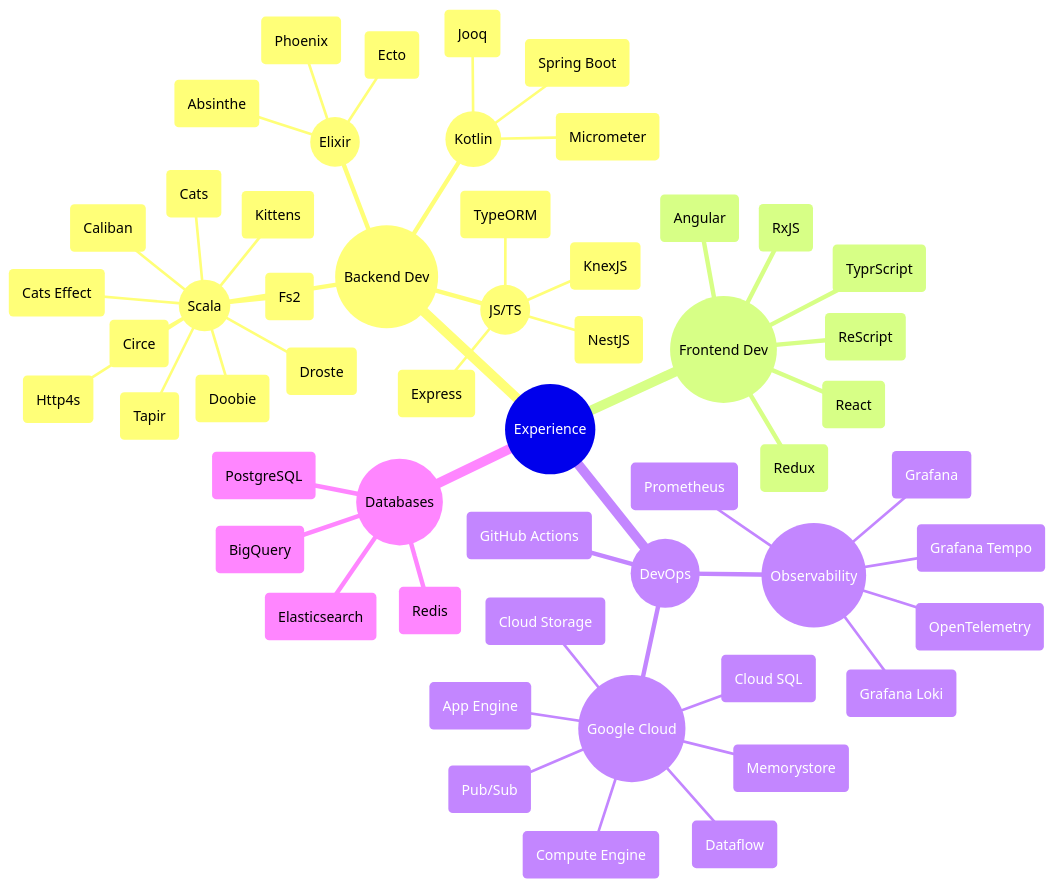
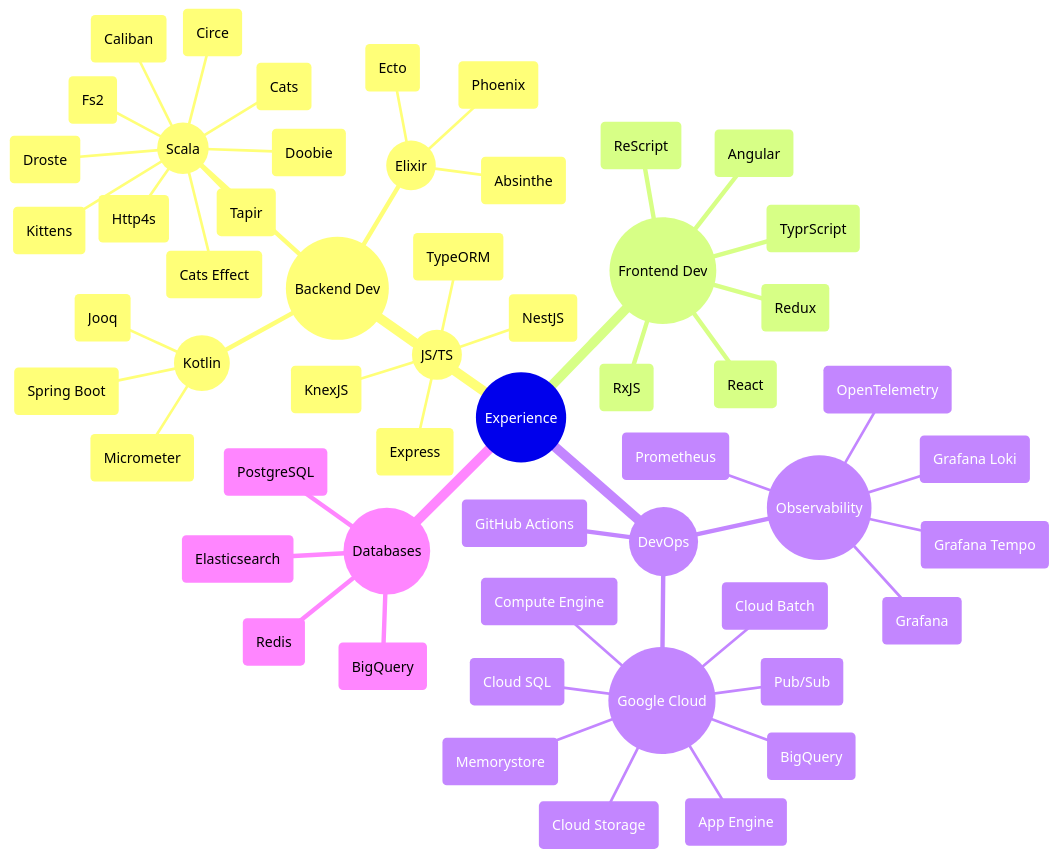
Before and after one commit to m-tabaza/Tabzz98: the first of 2 diagrams in README.md, drawn with Mermaid.

````diff
--- a/README.md
+++ b/README.md
@@ -21,65 +21,66 @@
 ```mermaid
 mindmap
   root((Experience))
     ((Backend Dev))
       ((Scala))
         (Cats)
         (Cats Effect)
         (Kittens)
         (Droste)
         (Http4s)
         (Doobie)
         (Tapir)
         (Fs2)
         (Caliban)
         (Circe)
 
       ((Kotlin))
         (Spring Boot)
         (Micrometer)
         (Jooq)
   
       ((Elixir))
         (Ecto)
         (Absinthe)
         (Phoenix)
   
       ((JS/TS))
         (Express)
         (NestJS)
         (TypeORM)
         (KnexJS)
       
     ((Frontend Dev))
       (React)
       (Redux)
       (RxJS)
       (Angular)
       (TyprScript)
       (ReScript)
       
     ((DevOps))
       (GitHub Actions)
 
       ((Observability))
         (OpenTelemetry)
         (Grafana)
         (Grafana Tempo)
         (Grafana Loki)
         (Prometheus)
 
       ((Google Cloud))
         (App Engine)
         (Compute Engine)
         (Cloud SQL)
         (Memorystore)
         (Pub/Sub)
         (Cloud Storage)
-        (Dataflow)
+        (BigQuery)
+        (Cloud Batch)
 
     ((Databases))
       (PostgreSQL)
       (Redis)
       (Elasticsearch)
       (BigQuery)
 ```
````
